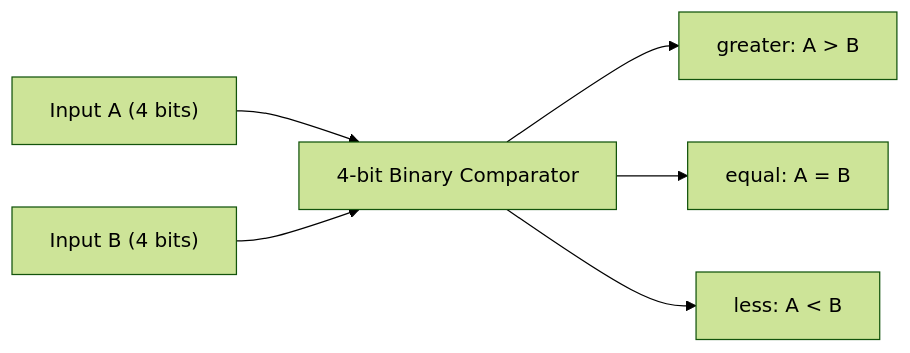
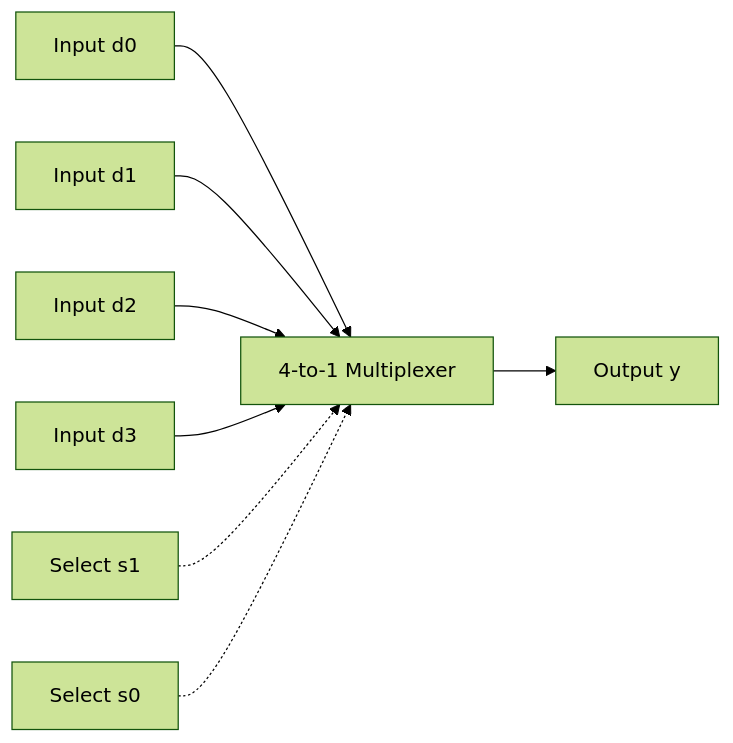
Before and after one commit to abdulazizalmodawi/Verilog-4-to-1-Multiplexer: the diagram in README.md, drawn with Mermaid (forest theme). The commit also changed other lines of this file, not shown here.

First line of the commit message:
Revise README for 4-to-1 Multiplexer project

````diff
--- a/README.md
+++ b/README.md
@@ -37,9 +20,12 @@
-~~~mermaid
+```mermaid
 flowchart LR
-    A["Input A (4 bits)"] --> COMP["4-bit Binary Comparator"]
-    B["Input B (4 bits)"] --> COMP
+    D0["Input d0"] --> MUX["4-to-1 Multiplexer"]
+    D1["Input d1"] --> MUX
+    D2["Input d2"] --> MUX
+    D3["Input d3"] --> MUX
 
-    COMP --> GT["greater: A > B"]
-    COMP --> EQ["equal: A = B"]
-    COMP --> LT["less: A < B"]
-~~~
+    S1["Select s1"] -.-> MUX
+    S0["Select s0"] -.-> MUX
+
+    MUX --> Y["Output y"]
+```
````
